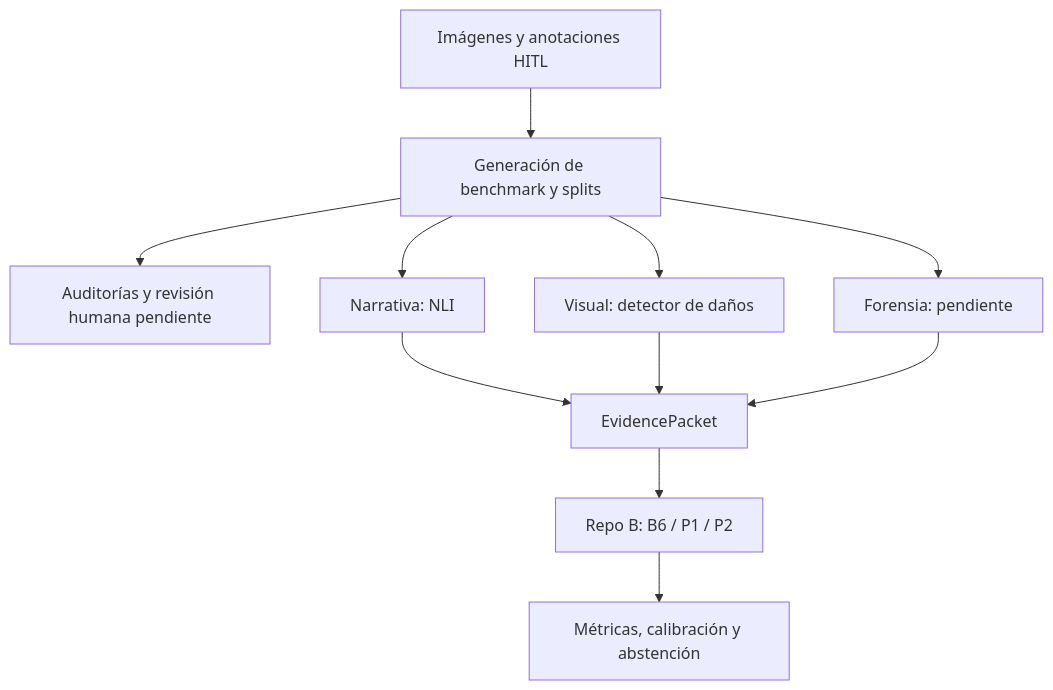
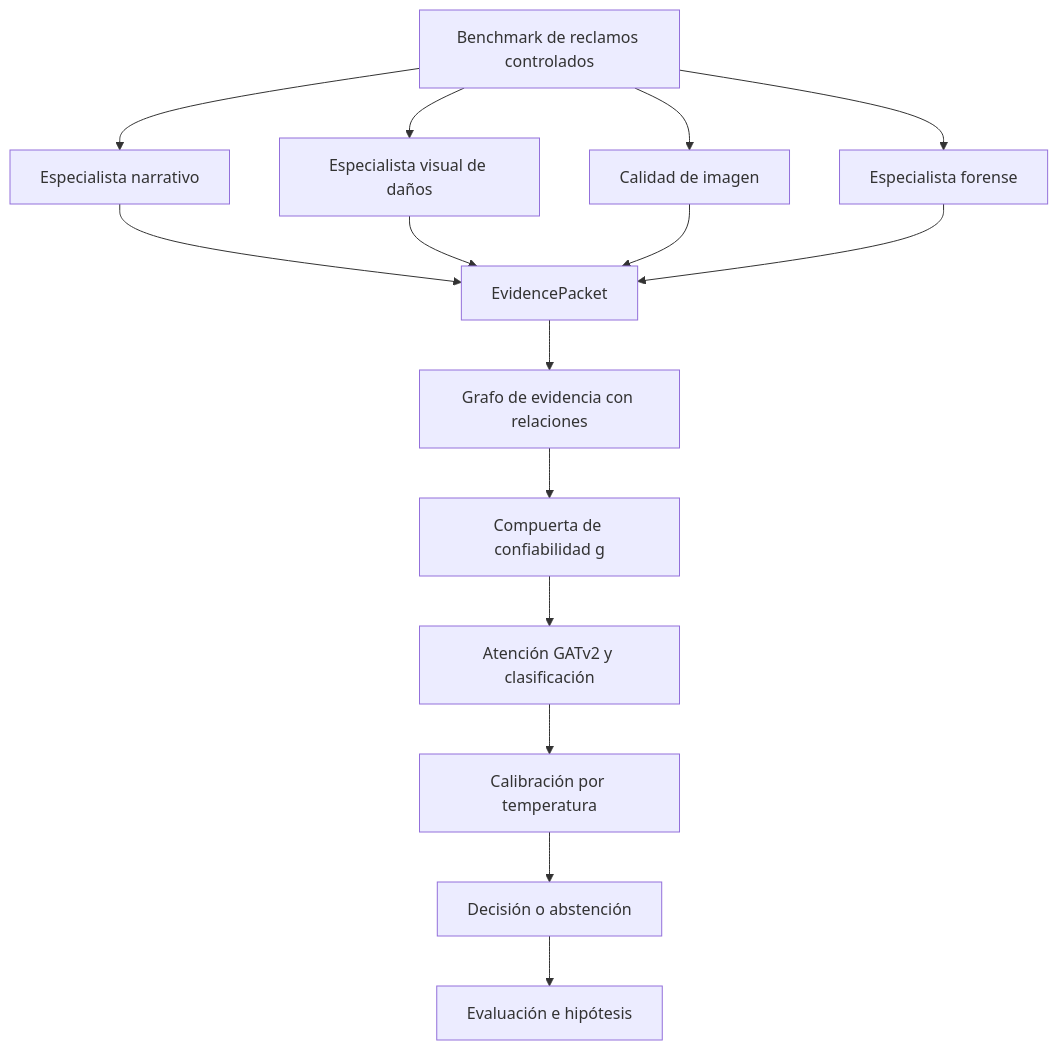
The first of 2 diagrams in README.md (anamariaaccilio/vehicle-claim-verification-baselines), drawn with Mermaid before and after one commit. The commit also changed other lines of this file and 36 other files, not shown here.

````diff
--- a/README.md
+++ b/README.md
@@ -9,13 +9,17 @@
 ```mermaid
 flowchart TD
-    R[Imágenes y anotaciones HITL] --> B[Generación de benchmark y splits]
-    B --> Q[Auditorías y revisión humana pendiente]
-    B --> N[Narrativa: NLI]
-    B --> V[Visual: detector de daños]
-    B --> F[Forensia: pendiente]
+    B[Benchmark de reclamos controlados] --> N[Especialista narrativo]
+    B --> V[Especialista visual de daños]
+    B --> Q[Calidad de imagen]
+    B --> F[Especialista forense]
     N --> E[EvidencePacket]
     V --> E
+    Q --> E
     F --> E
-    E --> G[Repo B: B6 / P1 / P2]
-    G --> M[Métricas, calibración y abstención]
+    E --> G[Grafo de evidencia con relaciones]
+    G --> GT[Compuerta de confiabilidad g]
+    GT --> A[Atención GATv2 y clasificación]
+    A --> C[Calibración por temperatura]
+    C --> AB[Decisión o abstención]
+    AB --> EV[Evaluación e hipótesis]
 ```
````
